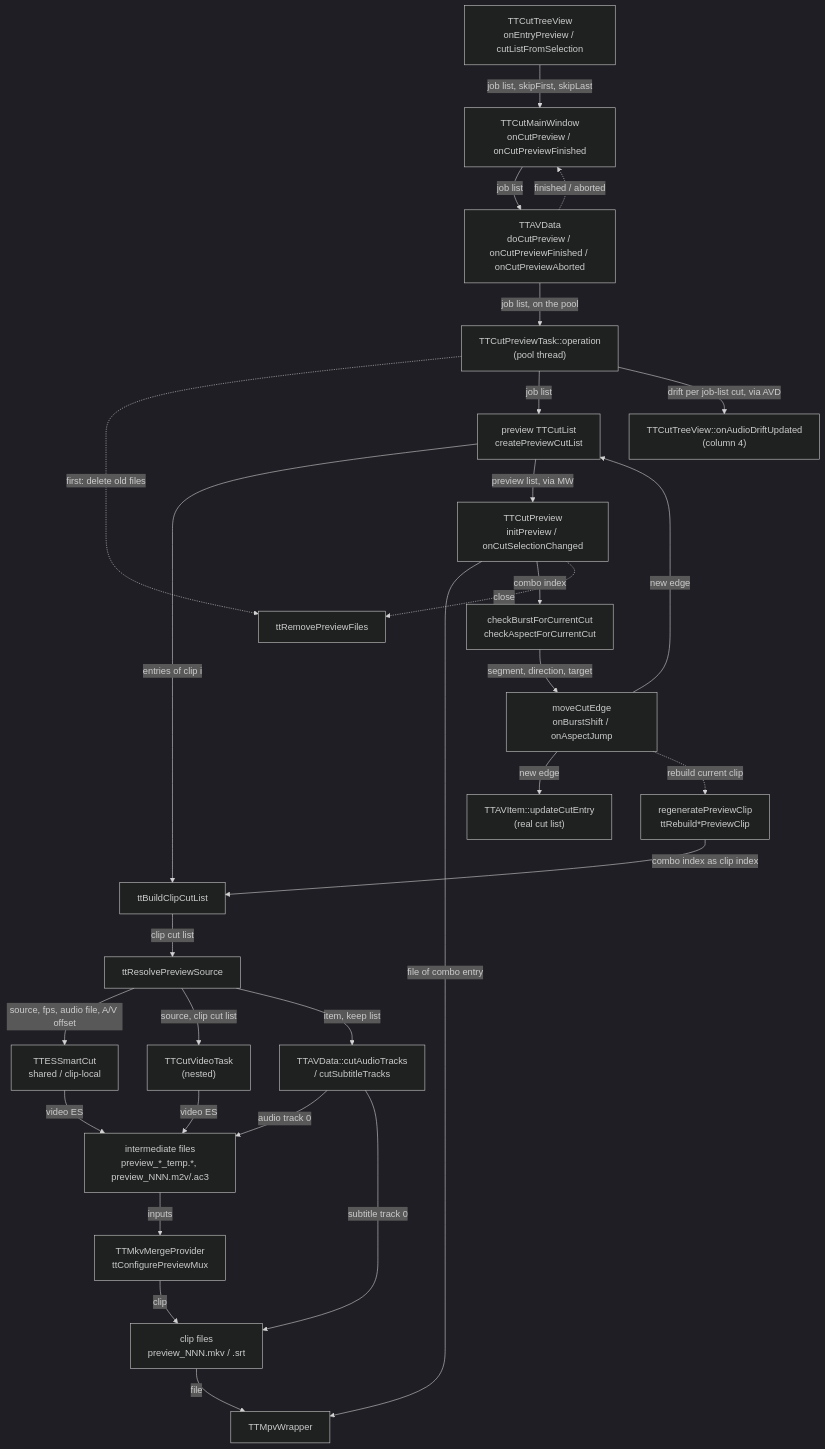
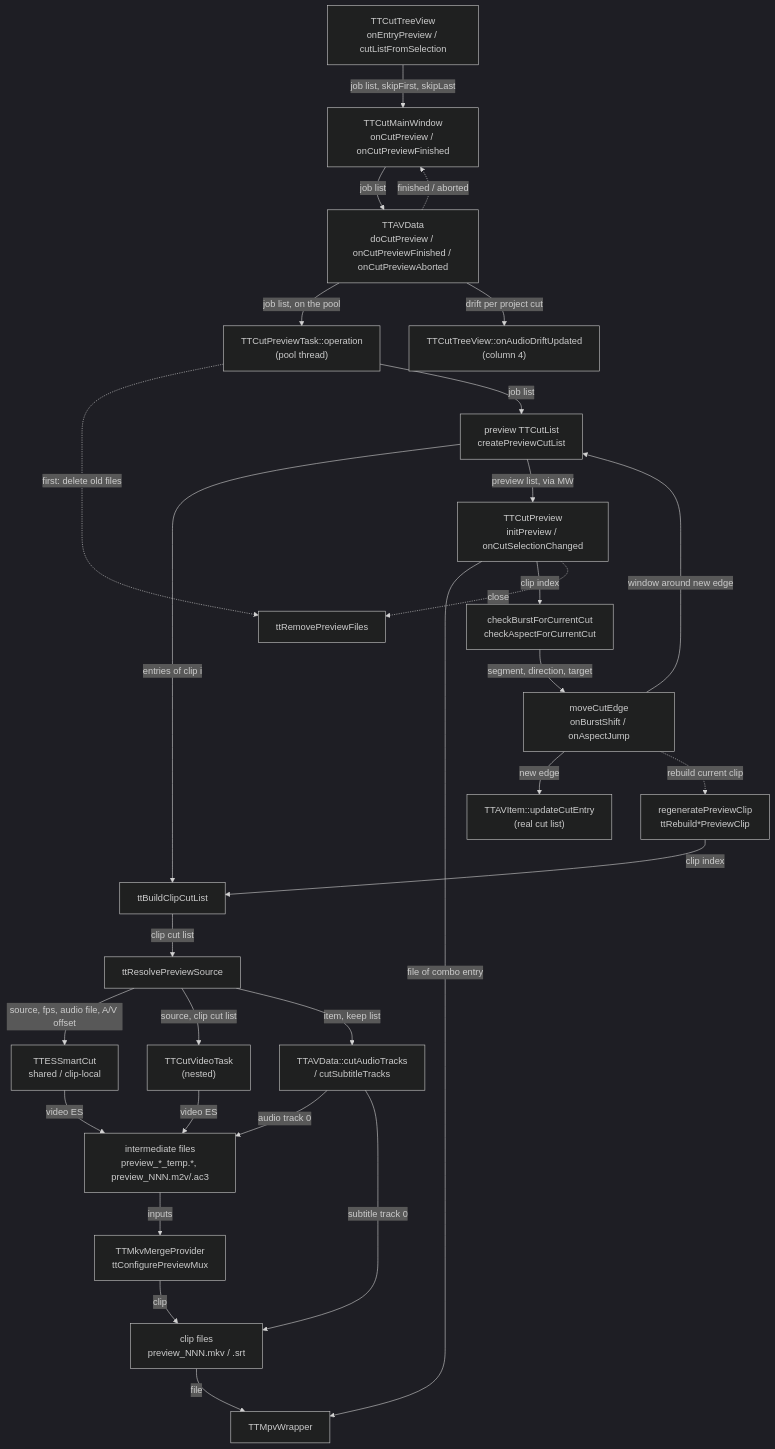
The diagram in docs/code-map/cut-preview.md (MINIXJR/TTCut-ng), drawn with Mermaid (dark theme) before and after one commit. The commit also changed other lines of this file and 22 other files, not shown here.

````diff
--- a/docs/code-map/cut-preview.md
+++ b/docs/code-map/cut-preview.md
@@ -47,53 +47,53 @@
 ```mermaid
 flowchart TD
     TV["TTCutTreeView<br/>onEntryPreview / cutListFromSelection"]
     MW["TTCutMainWindow<br/>onCutPreview / onCutPreviewFinished"]
     AVD["TTAVData<br/>doCutPreview / onCutPreviewFinished / onCutPreviewAborted"]
     TASK["TTCutPreviewTask::operation<br/>(pool thread)"]
     PL["preview TTCutList<br/>createPreviewCutList"]
     BCL["ttBuildClipCutList"]
     SRC["ttResolvePreviewSource"]
     ENG["TTESSmartCut<br/>shared / clip-local"]
     M2V["TTCutVideoTask<br/>(nested)"]
     AUD["TTAVData::cutAudioTracks<br/>/ cutSubtitleTracks"]
     TMP["intermediate files<br/>preview_*_temp.*, preview_NNN.m2v/.ac3"]
     MUX["TTMkvMergeProvider<br/>ttConfigurePreviewMux"]
     CLIP["clip files<br/>preview_NNN.mkv / .srt"]
     CTV["TTCutTreeView::onAudioDriftUpdated<br/>(column 4)"]
     DLG["TTCutPreview<br/>initPreview / onCutSelectionChanged"]
     PLAYER["TTMpvWrapper"]
     HINT["checkBurstForCurrentCut<br/>checkAspectForCurrentCut"]
     MOVE["moveCutEdge<br/>onBurstShift / onAspectJump"]
     MODEL["TTAVItem::updateCutEntry<br/>(real cut list)"]
     REB["regeneratePreviewClip<br/>ttRebuild*PreviewClip"]
     CLEAN["ttRemovePreviewFiles"]
 
     TV -->|job list, skipFirst, skipLast| MW
     MW -->|job list| AVD
     AVD -->|job list, on the pool| TASK
     TASK -.->|first: delete old files| CLEAN
     TASK -->|job list| PL
     PL -->|entries of clip i| BCL
     BCL -->|clip cut list| SRC
     SRC -->|source, fps, audio file, A/V offset| ENG
     SRC -->|source, clip cut list| M2V
     SRC -->|item, keep list| AUD
     ENG -->|video ES| TMP
     M2V -->|video ES| TMP
     AUD -->|audio track 0| TMP
     AUD -->|subtitle track 0| CLIP
     TMP -->|inputs| MUX
     MUX -->|clip| CLIP
-    TASK -->|drift per job-list cut, via AVD| CTV
+    AVD -->|drift per project cut| CTV
     AVD -.->|finished / aborted| MW
     PL -->|preview list, via MW| DLG
     DLG -->|file of combo entry| PLAYER
     CLIP -->|file| PLAYER
-    DLG -->|combo index| HINT
+    DLG -->|clip index| HINT
     HINT -->|segment, direction, target| MOVE
     MOVE -->|new edge| MODEL
-    MOVE -->|new edge| PL
+    MOVE -->|window around new edge| PL
     MOVE -.->|rebuild current clip| REB
-    REB -->|combo index as clip index| BCL
+    REB -->|clip index| BCL
     DLG -.->|close| CLEAN
 ```
````
